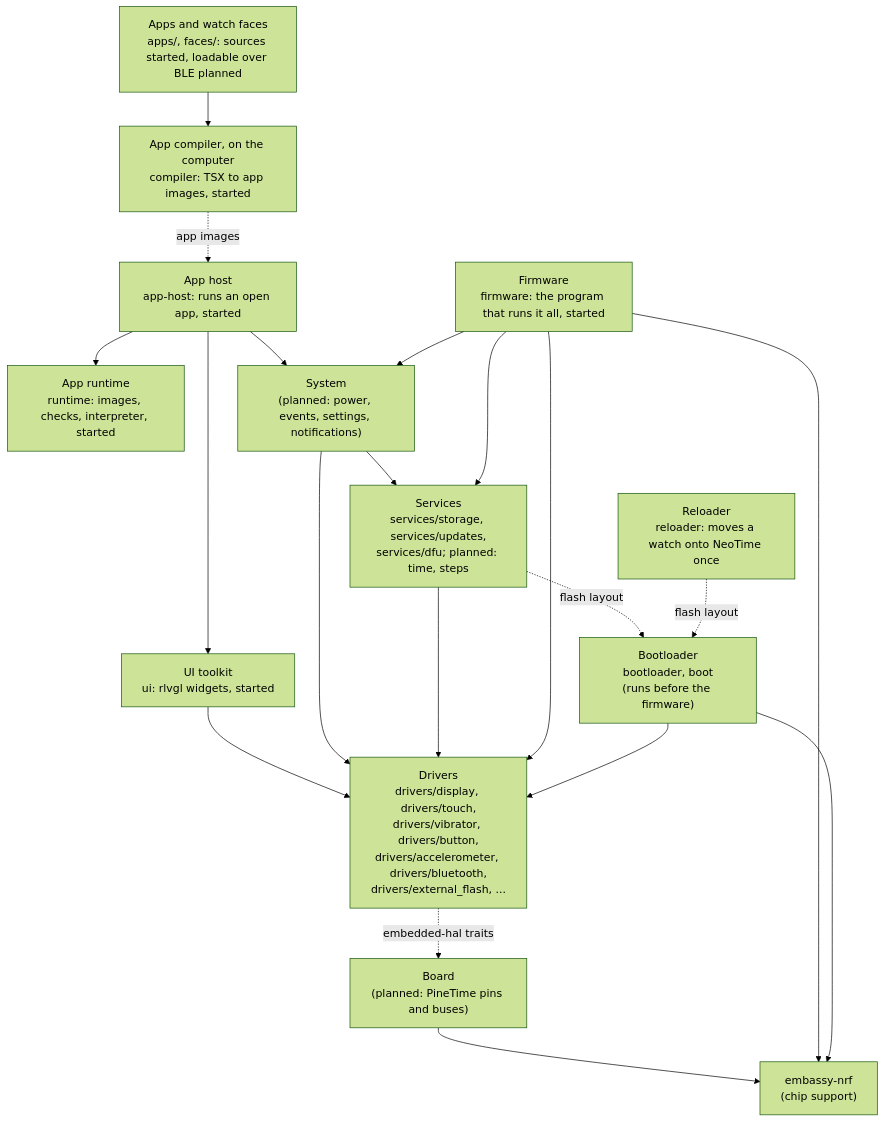
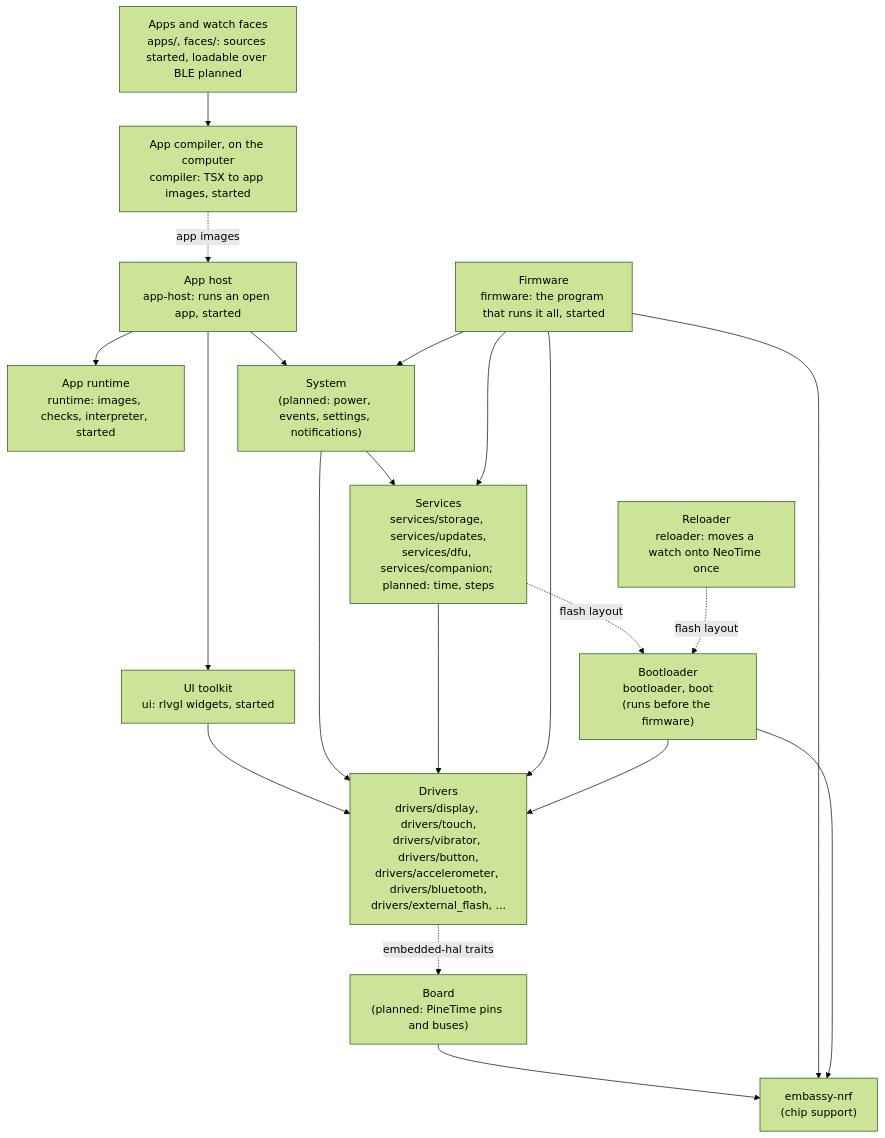
Before and after one commit to BeatLink/BattleTime: the diagram in docs/architecture.md, drawn with Mermaid (forest theme). The commit also changed other lines of this file and 17 other files, not shown here.

````diff
--- a/docs/architecture.md
+++ b/docs/architecture.md
@@ -28,38 +28,38 @@
 ```mermaid
 flowchart TB
     apps["Apps and watch faces<br/>apps/, faces/: sources started, loadable over BLE planned"]
     host["App host<br/>app-host: runs an open app, started"]
     compiler["App compiler, on the computer<br/>compiler: TSX to app images, started"]
     runtime["App runtime<br/>runtime: images, checks, interpreter, started"]
     ui["UI toolkit<br/>ui: rlvgl widgets, started"]
     system["System<br/>(planned: power, events, settings, notifications)"]
-    services["Services<br/>services/storage, services/updates,<br/>services/dfu; planned: time, steps"]
+    services["Services<br/>services/storage, services/updates,<br/>services/dfu, services/companion; planned: time, steps"]
     drivers["Drivers<br/>drivers/display, drivers/touch,<br/>drivers/vibrator, drivers/button,<br/>drivers/accelerometer, drivers/bluetooth,<br/>drivers/external_flash, ..."]
     board["Board<br/>(planned: PineTime pins and buses)"]
     hal["embassy-nrf<br/>(chip support)"]
 
     apps --> compiler
     compiler -. app images .-> host
     host --> runtime
     host --> ui
     host --> system
     ui --> drivers
     system --> services
     system --> drivers
     services --> drivers
     drivers -. embedded-hal traits .-> board
     board --> hal
 
     firmware["Firmware<br/>firmware: the program that runs it all, started"]
     firmware --> system
     firmware --> services
     firmware --> drivers
     firmware --> hal
 
     bootloader["Bootloader<br/>bootloader, boot<br/>(runs before the firmware)"]
     bootloader --> drivers
     bootloader --> hal
     services -. flash layout .-> bootloader
     reloader["Reloader<br/>reloader: moves a watch onto NeoTime once"]
     reloader -. flash layout .-> bootloader
 ```
````
